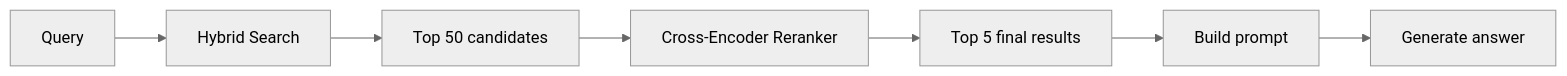
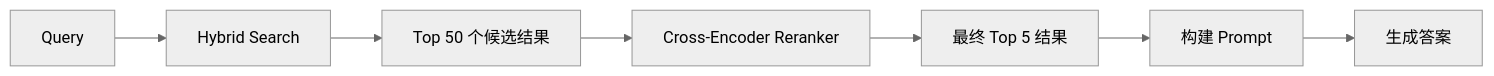
The first of 3 diagrams in phases/11-llm-engineering/07-advanced-rag/docs/en.md (cluster1900/ai-engineering-from-scratch-zh), drawn with Mermaid (neutral theme) before and after one commit. The commit also changed other lines of this file and 1 other file, not shown here.

````diff
--- a/phases/11-llm-engineering/07-advanced-rag/docs/en.md
+++ b/phases/11-llm-engineering/07-advanced-rag/docs/en.md
@@ -76,9 +76,9 @@
 ```mermaid
 graph LR
     Q["Query"] --> H["Hybrid Search"]
-    H --> C50["Top 50 candidates"]
+    H --> C50["Top 50 个候选结果"]
     C50 --> RR["Cross-Encoder Reranker"]
-    RR --> C5["Top 5 final results"]
-    C5 --> P["Build prompt"]
-    P --> LLM["Generate answer"]
+    RR --> C5["最终 Top 5 结果"]
+    C5 --> P["构建 Prompt"]
+    P --> LLM["生成答案"]
 ```
````
